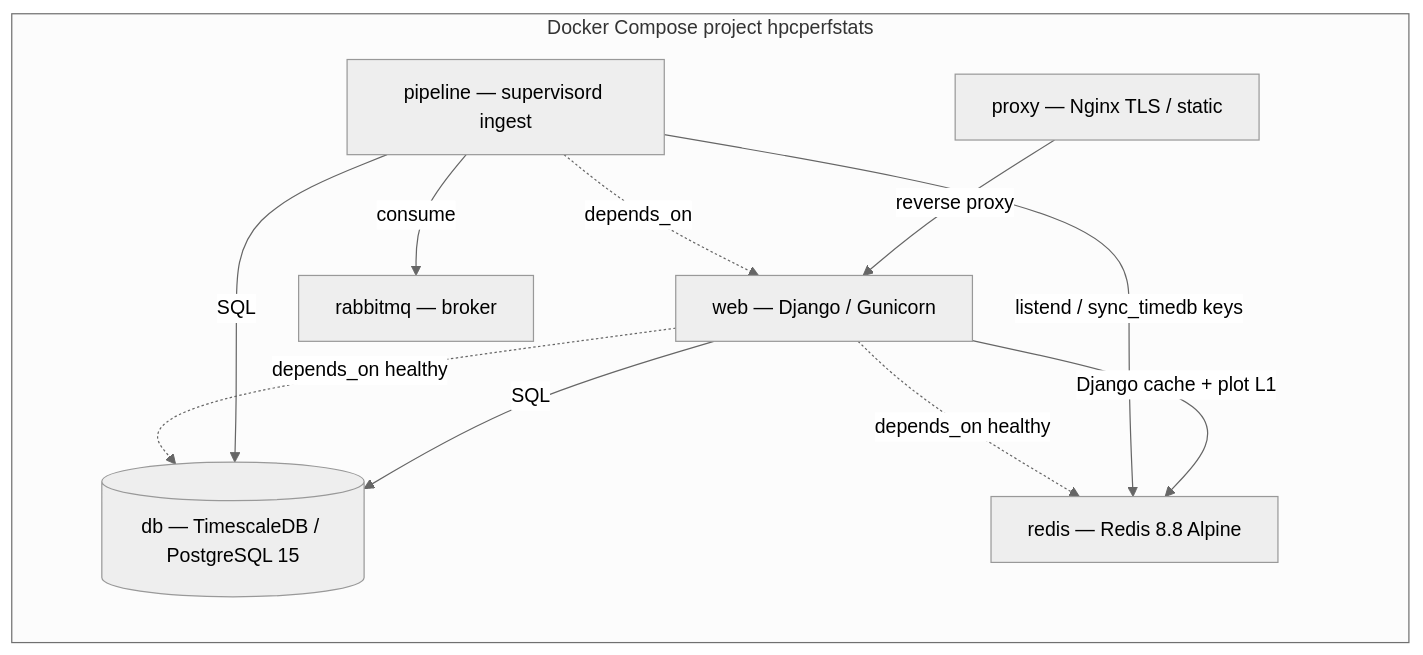
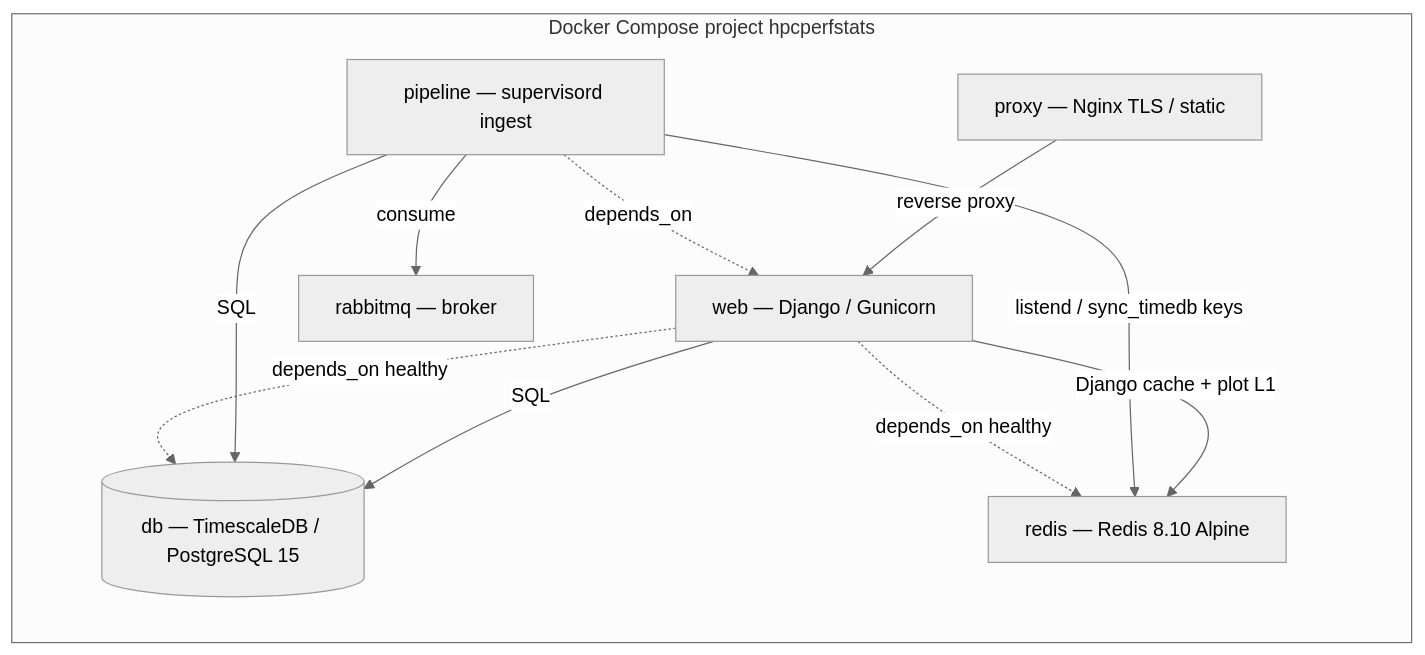
Before and after one commit to TACC/HPCPerfStats: the second of 2 diagrams in docs/design-document.md, drawn with Mermaid (neutral theme). The commit also changed other lines of this file and 11 other files, not shown here.

````diff
--- a/docs/design-document.md
+++ b/docs/design-document.md
@@ -93,22 +93,22 @@
 ```mermaid
 flowchart TB
   subgraph compose["Docker Compose project hpcperfstats"]
     direction TB
     PXY[proxy — Nginx TLS / static]
     WEB[web — Django / Gunicorn]
     PIPE[pipeline — supervisord ingest]
     DB[(db — TimescaleDB / PostgreSQL 15)]
-    REDIS[redis — Redis 8.8 Alpine]
+    REDIS[redis — Redis 8.10 Alpine]
     RMQ[rabbitmq — broker]
   end
 
   PXY -->|reverse proxy| WEB
   WEB -->|SQL| DB
   WEB -->|Django cache + plot L1| REDIS
   PIPE -->|SQL| DB
   PIPE -->|listend / sync_timedb keys| REDIS
   PIPE -->|consume| RMQ
   WEB -.->|depends_on healthy| DB
   WEB -.->|depends_on healthy| REDIS
   PIPE -.->|depends_on| WEB
 ```
````
